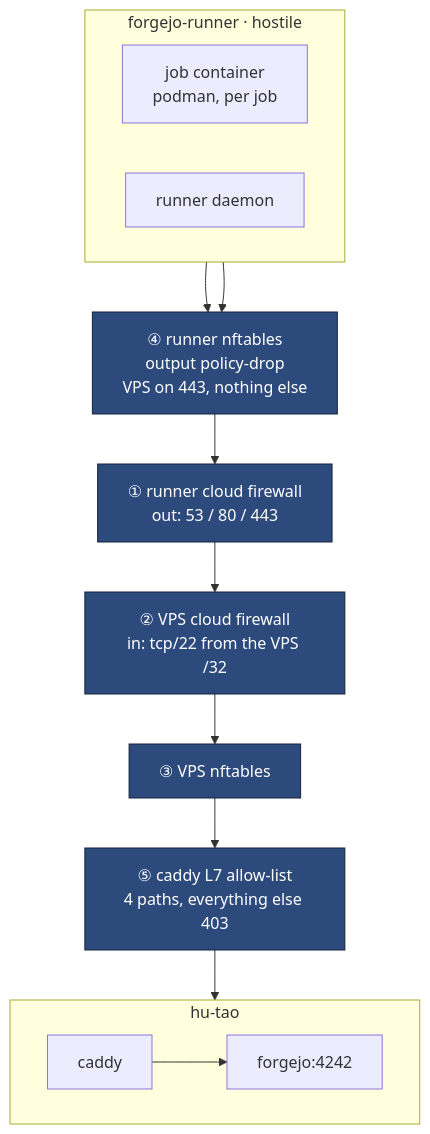
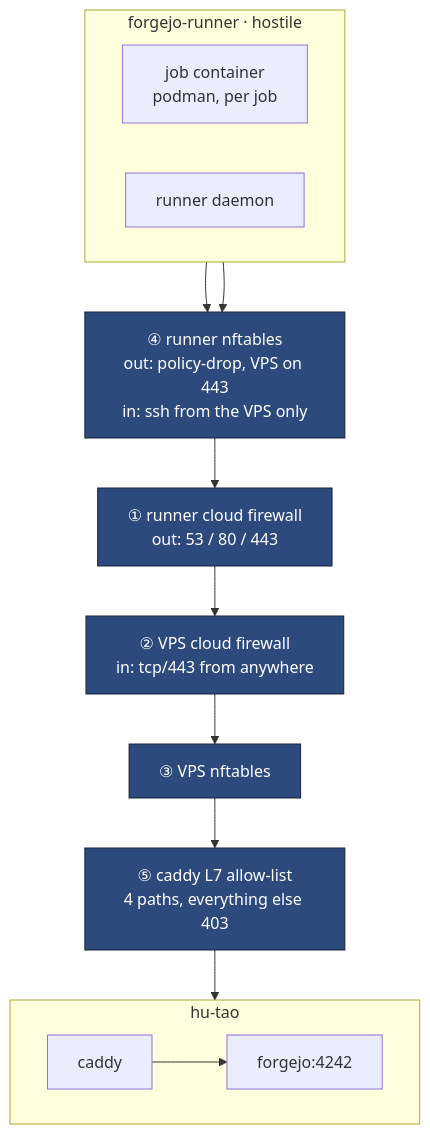
Before and after one commit to 1Git2Clone/vps: the first of 2 diagrams in docs/src/architecture/runner.md, drawn with Mermaid. The commit also changed other lines of this file and 10 other files, not shown here.

````diff
--- a/docs/src/architecture/runner.md
+++ b/docs/src/architecture/runner.md
@@ -20,24 +20,24 @@
 ```mermaid
 flowchart TB
     subgraph R["forgejo-runner · hostile"]
         direction LR
         job["job container<br/>podman, per job"]
         rd["runner daemon"]
     end
 
     job --> L4
-    rd --> L4["④ runner nftables<br/>output policy-drop<br/>VPS on 443, nothing else"]
+    rd --> L4["④ runner nftables<br/>out: policy-drop, VPS on 443<br/>in: ssh from the VPS only"]
     L4 --> L1["① runner cloud firewall<br/>out: 53 / 80 / 443"]
-    L1 --> L2["② VPS cloud firewall<br/>in: tcp/22 from the VPS /32"]
+    L1 --> L2["② VPS cloud firewall<br/>in: tcp/443 from anywhere"]
     L2 --> L3["③ VPS nftables"]
     L3 --> L5["⑤ caddy L7 allow-list<br/>4 paths, everything else 403"]
     L5 --> cad
 
     subgraph V["hu-tao"]
         direction LR
         cad["caddy"] --> fj["forgejo:4242"]
     end
 
     classDef ctl fill:#2d4a7c,stroke:#16233c,color:#fff
     class L1,L2,L3,L4,L5 ctl
 ```
````
